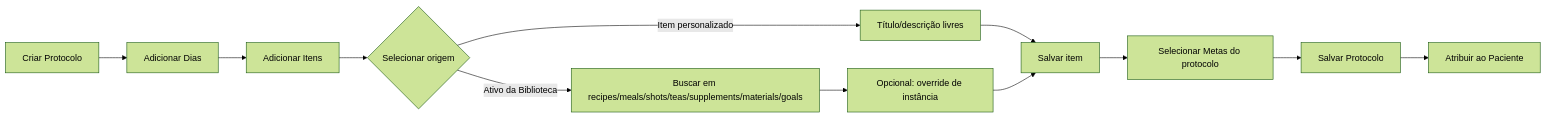
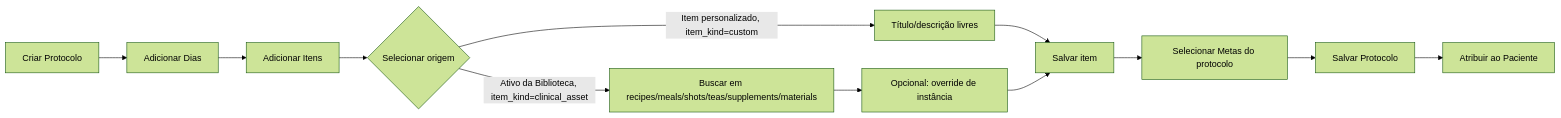
One commit to agendanutrijulianamoreira-droid/meu-club-nutri-ia changed the third of 3 diagrams in docs/architecture/sub-fase-3-protocolos.md. Above: the diagram before and after it, drawn with Mermaid (forest theme). The commit also changed other lines of this file, not shown here.

````diff
--- a/docs/architecture/sub-fase-3-protocolos.md
+++ b/docs/architecture/sub-fase-3-protocolos.md
@@ -424,14 +468,14 @@
 ```mermaid
 flowchart LR
     A[Criar Protocolo] --> B[Adicionar Dias]
     B --> C[Adicionar Itens]
     C --> D{Selecionar origem}
-    D -->|Ativo da Biblioteca| E[Buscar em recipes/meals/shots/teas/supplements/materials/goals]
-    D -->|Item personalizado| F[Título/descrição livres]
+    D -->|Ativo da Biblioteca, item_kind=clinical_asset| E[Buscar em recipes/meals/shots/teas/supplements/materials]
+    D -->|Item personalizado, item_kind=custom| F[Título/descrição livres]
     E --> G[Opcional: override de instância]
     F --> H[Salvar item]
     G --> H
     H --> I[Selecionar Metas do protocolo]
     I --> J[Salvar Protocolo]
     J --> K[Atribuir ao Paciente]
 ```
````
